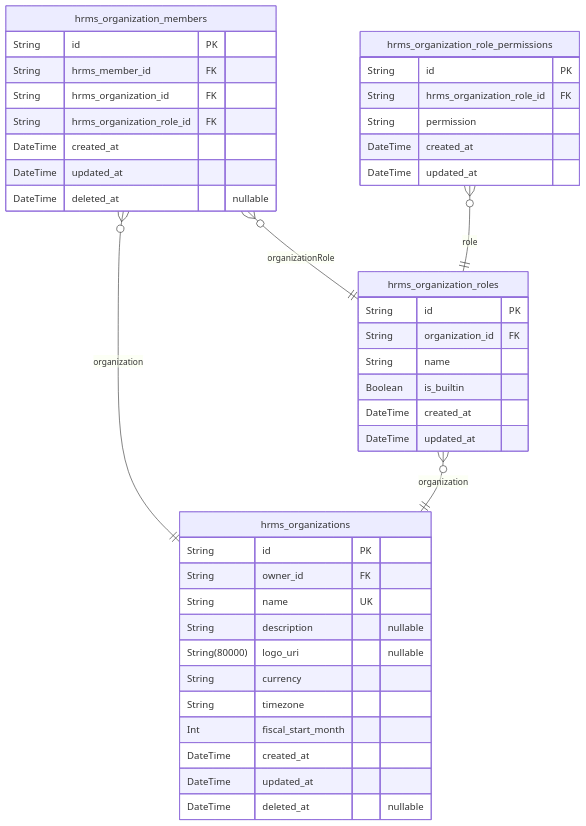
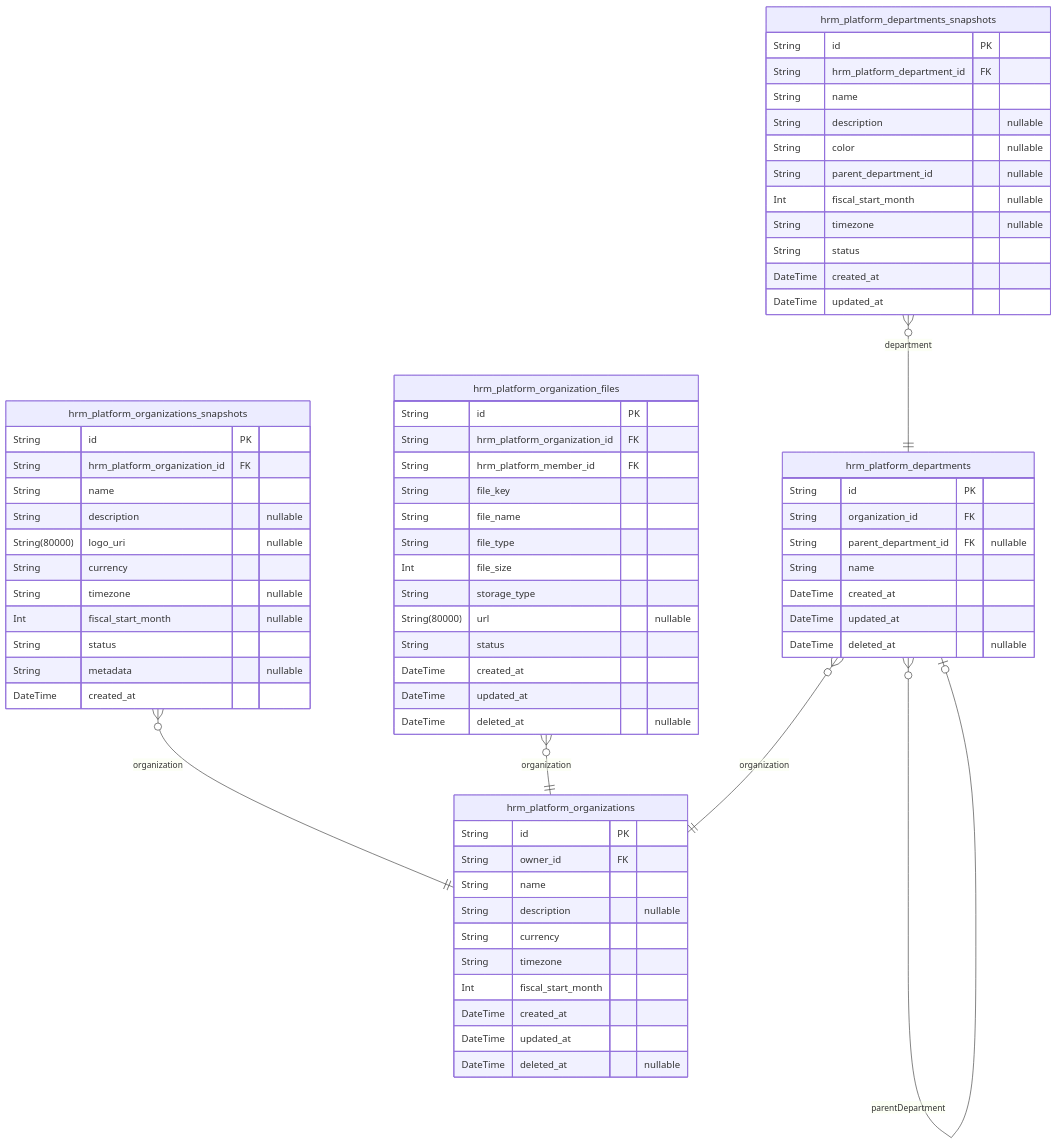
Before and after one commit to wrtnlabs/autobe-examples: the second of 8 diagrams in qwen/qwen3.5-35b-a3b/erp/docs/ERD.md, drawn with Mermaid. The commit also changed other lines of this file and 32093 other files, not shown here.

````diff
--- a/qwen/qwen3.5-35b-a3b/erp/docs/ERD.md
+++ b/qwen/qwen3.5-35b-a3b/erp/docs/ERD.md
@@ -398,44 +442,70 @@
 ```mermaid
 erDiagram
-"hrms_organizations" {
+"hrm_platform_organizations" {
   String id PK
   String owner_id FK
-  String name UK
+  String name
   String description "nullable"
-  String(80000) logo_uri "nullable"
   String currency
   String timezone
   Int fiscal_start_month
   DateTime created_at
   DateTime updated_at
   DateTime deleted_at "nullable"
 }
-"hrms_organization_members" {
+"hrm_platform_organizations_snapshots" {
   String id PK
-  String hrms_member_id FK
-  String hrms_organization_id FK
-  String hrms_organization_role_id FK
+  String hrm_platform_organization_id FK
+  String name
+  String description "nullable"
+  String(80000) logo_uri "nullable"
+  String currency
+  String timezone "nullable"
+  Int fiscal_start_month "nullable"
+  String status
+  String metadata "nullable"
+  DateTime created_at
+}
+"hrm_platform_organization_files" {
+  String id PK
+  String hrm_platform_organization_id FK
+  String hrm_platform_member_id FK
+  String file_key
+  String file_name
+  String file_type
+  Int file_size
+  String storage_type
+  String(80000) url "nullable"
+  String status
   DateTime created_at
   DateTime updated_at
   DateTime deleted_at "nullable"
 }
-"hrms_organization_roles" {
+"hrm_platform_departments" {
   String id PK
   String organization_id FK
+  String parent_department_id FK "nullable"
   String name
-  Boolean is_builtin
+  DateTime created_at
+  DateTime updated_at
+  DateTime deleted_at "nullable"
+}
+"hrm_platform_departments_snapshots" {
+  String id PK
+  String hrm_platform_department_id FK
+  String name
+  String description "nullable"
+  String color "nullable"
+  String parent_department_id "nullable"
+  Int fiscal_start_month "nullable"
+  String timezone "nullable"
+  String status
   DateTime created_at
   DateTime updated_at
 }
-"hrms_organization_role_permissions" {
-  String id PK
-  String hrms_organization_role_id FK
-  String permission
-  DateTime created_at
-  DateTime updated_at
-}
-"hrms_organization_members" }o--|| "hrms_organizations" : organization
-"hrms_organization_members" }o--|| "hrms_organization_roles" : organizationRole
-"hrms_organization_roles" }o--|| "hrms_organizations" : organization
-"hrms_organization_role_permissions" }o--|| "hrms_organization_roles" : role
+"hrm_platform_organizations_snapshots" }o--|| "hrm_platform_organizations" : organization
+"hrm_platform_organization_files" }o--|| "hrm_platform_organizations" : organization
+"hrm_platform_departments" }o--|| "hrm_platform_organizations" : organization
+"hrm_platform_departments" }o--o| "hrm_platform_departments" : parentDepartment
+"hrm_platform_departments_snapshots" }o--|| "hrm_platform_departments" : department
 ```
````
